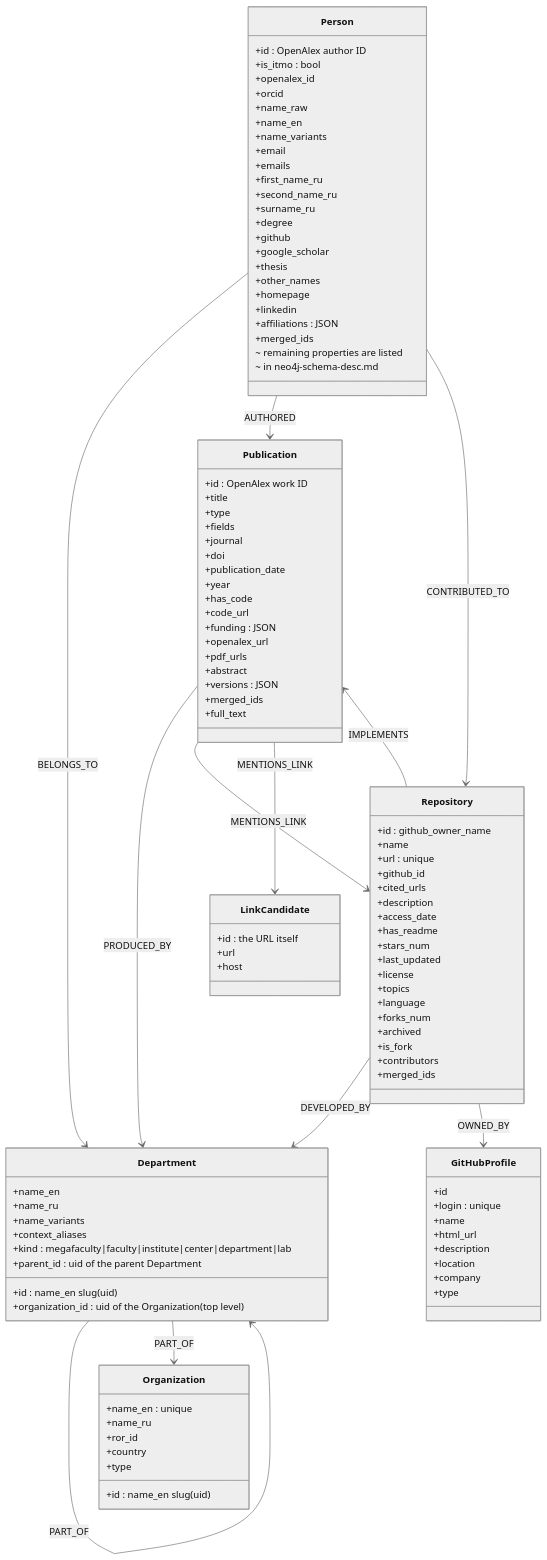
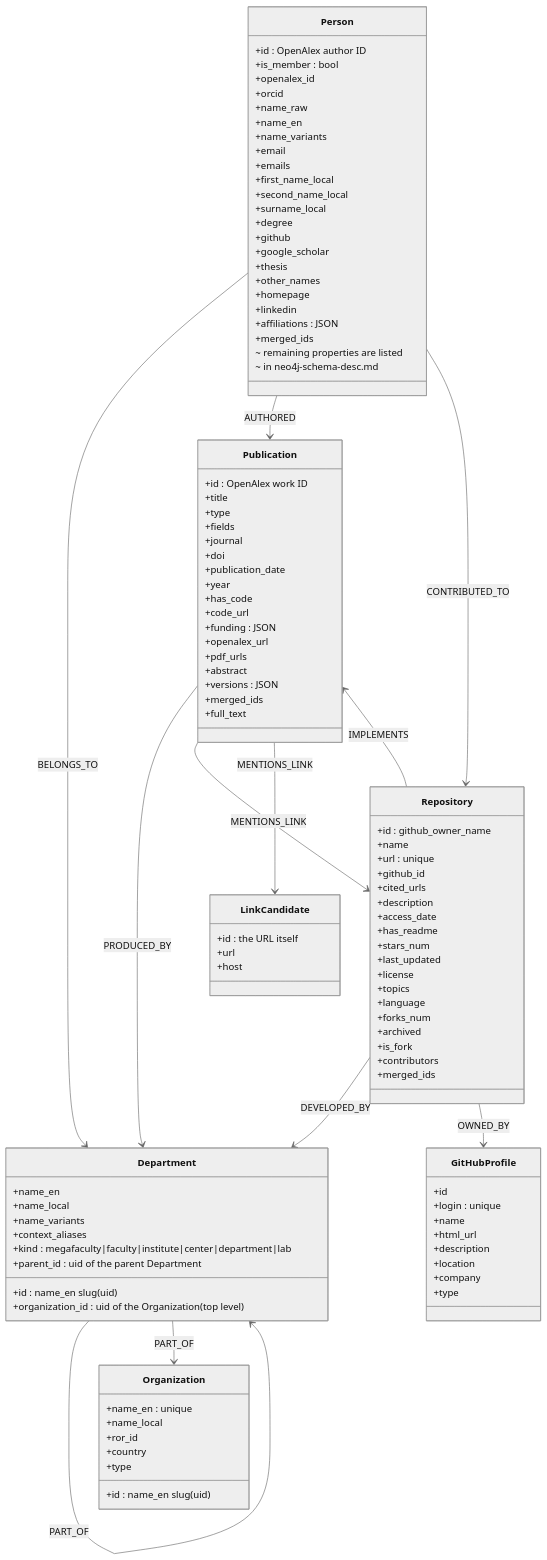
One commit to ITMO-NSS-team/PAUK changed the diagram in docs/diagrams/neo4j-schema.md. Above: the diagram before and after it, drawn with Mermaid (neutral theme). The commit also changed other lines of this file and 310 other files, not shown here.

First line of the commit message:
feat: university profiles and batch graph builds

```diff
--- a/docs/diagrams/neo4j-schema.md
+++ b/docs/diagrams/neo4j-schema.md
@@ -4,7 +4,7 @@
 classDiagram
     class Person {
         +id : OpenAlex author ID
-        +is_itmo : bool
+        +is_member : bool
         +openalex_id
         +orcid
         +name_raw
@@ -12,9 +12,9 @@
         +name_variants
         +email
         +emails
-        +first_name_ru
-        +second_name_ru
-        +surname_ru
+        +first_name_local
+        +second_name_local
+        +surname_local
         +degree
         +github
         +google_scholar
@@ -31,7 +31,7 @@
     class Organization {
         +id : name_en slug (uid)
         +name_en : unique
-        +name_ru
+        +name_local
         +ror_id
         +country
         +type
@@ -40,7 +40,7 @@
     class Department {
         +id : name_en slug (uid)
         +name_en
-        +name_ru
+        +name_local
         +name_variants
         +context_aliases
         +kind : megafaculty|faculty|institute|center|department|lab
```
